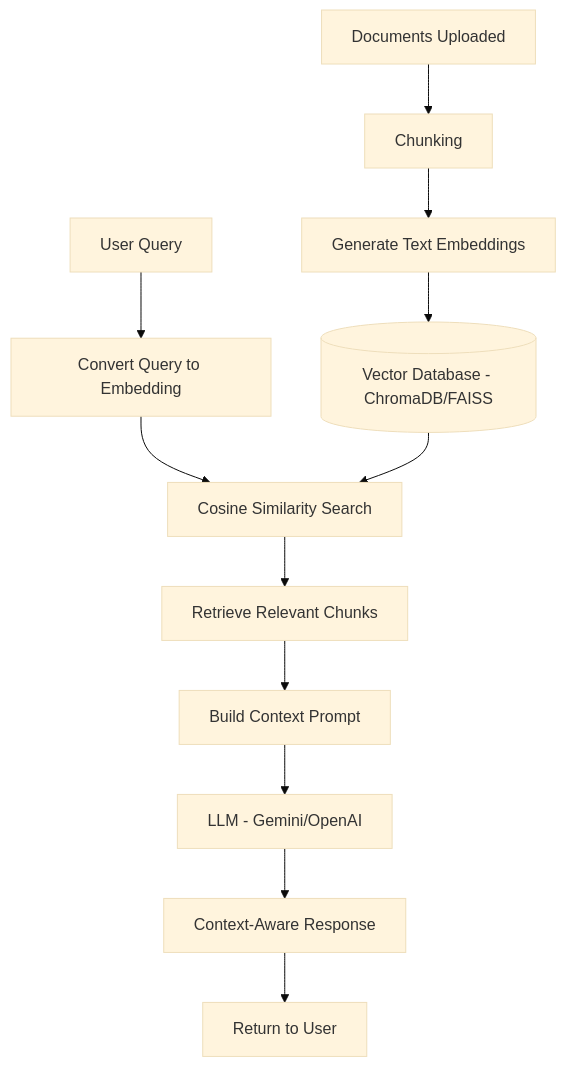
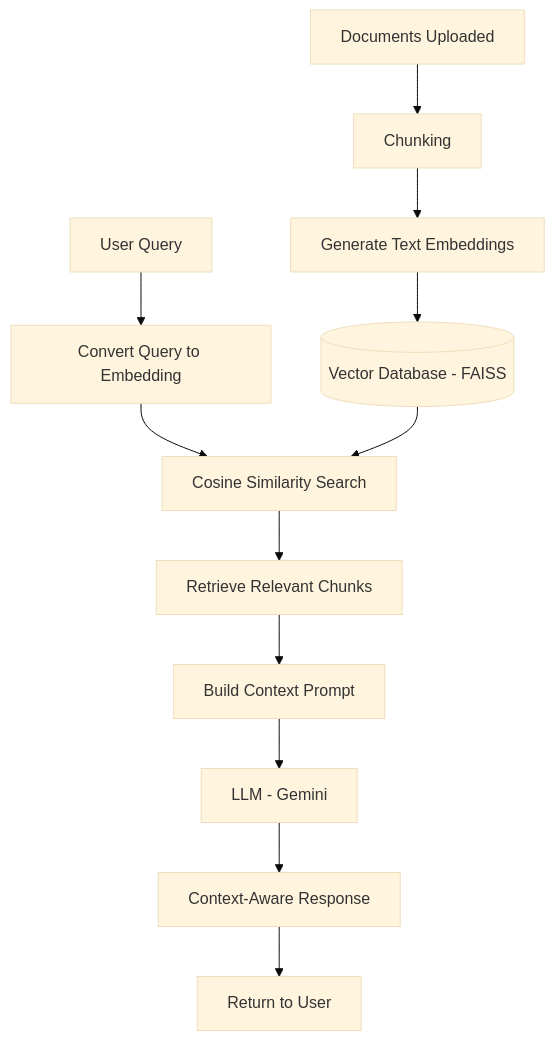
Before and after one commit to Yatharth224/AI-Powered-Architecture-Studio-Management-Platform-with-RAG-Based-Assistant: the fourth of 4 diagrams in README.md, drawn with Mermaid (base theme).

````diff
--- a/README.md
+++ b/README.md
@@ -246,15 +246,15 @@
 ```mermaid
 flowchart TB
     A[Documents Uploaded] --> B[Chunking]
     B --> C[Generate Text Embeddings]
-    C --> D[(Vector Database - ChromaDB/FAISS)]
+    C --> D[(Vector Database - FAISS)]
  
     E[User Query] --> F[Convert Query to Embedding]
     F --> G[Cosine Similarity Search]
     D --> G
     G --> H[Retrieve Relevant Chunks]
     H --> I[Build Context Prompt]
-    I --> J[LLM - Gemini/OpenAI]
+    I --> J[LLM - Gemini]
     J --> K[Context-Aware Response]
     K --> L[Return to User]
 ```
````
